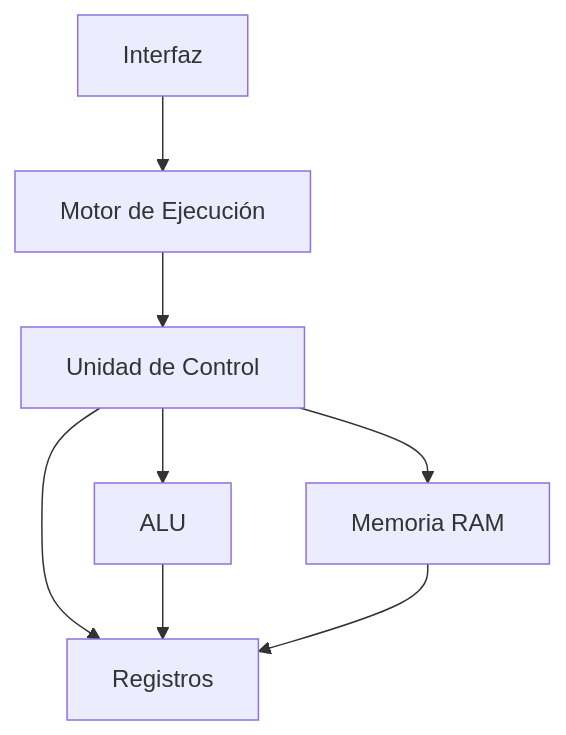
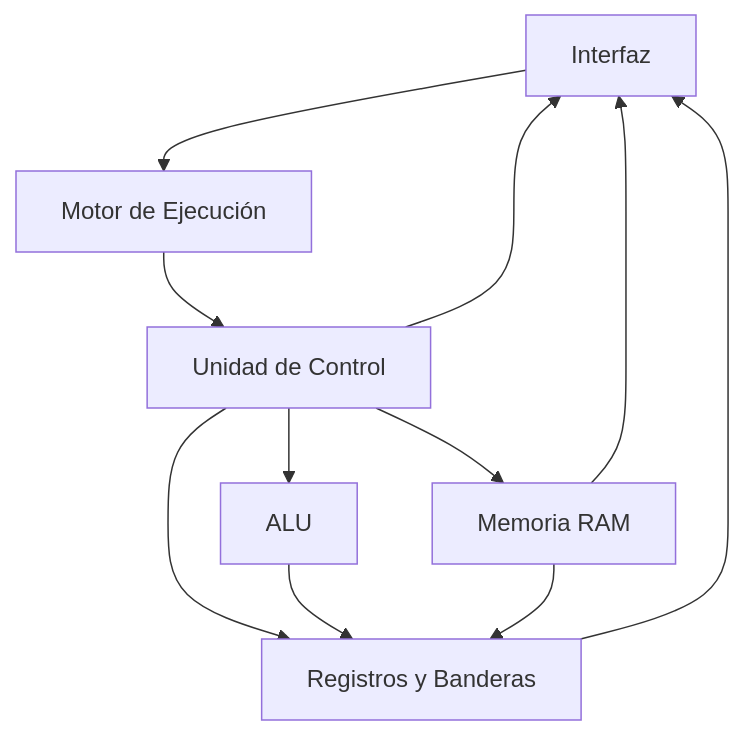
Before and after one commit to anaaacg/1er_parcial_arq_computadoras: the first of 2 diagrams in arquitectura.md, drawn with Mermaid. The commit also changed other lines of this file, not shown here.

First line of the commit message:
Revise architecture details and module responsibilities

````diff
--- a/arquitectura.md
+++ b/arquitectura.md
@@ -24,19 +29,23 @@
 ```mermaid
 flowchart TD
     UI[Interfaz]
     EX[Motor de Ejecución]
     UC[Unidad de Control]
-    REG[Registros]
+    REG[Registros y Banderas]
     ALU[ALU]
     MEM[Memoria RAM]
 
     UI --> EX
     EX --> UC
 
     UC --> REG
     UC --> ALU
     UC --> MEM
 
     ALU --> REG
     MEM --> REG
+
+    REG --> UI
+    MEM --> UI
+    UC --> UI
 ```
````
